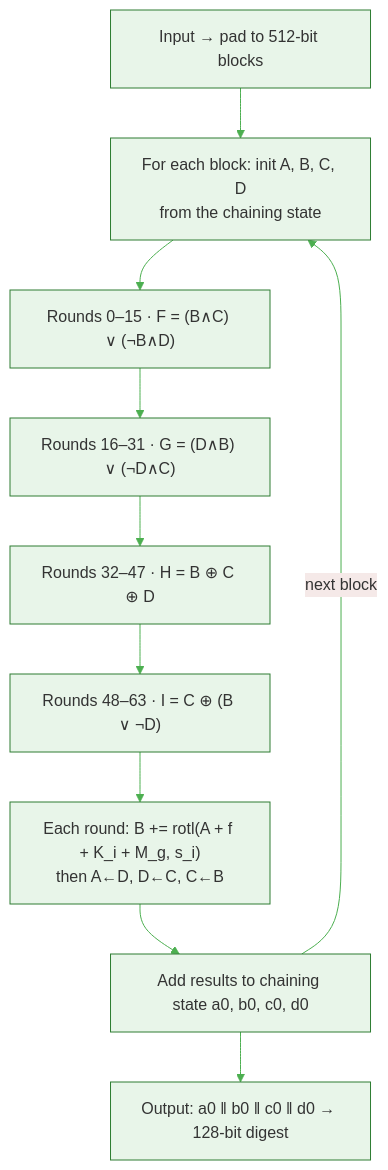
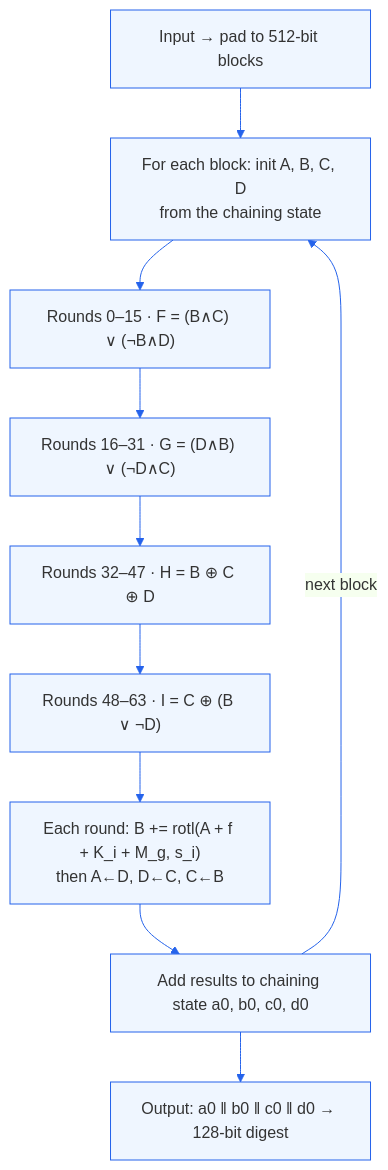
One commit to mtorun0x7cd/raven-one-simulink changed the second of 2 diagrams in README.md. Above: the diagram before and after it, drawn with Mermaid. The commit also changed other lines of this file and 4 other files, not shown here.

Commit message:
docs: recolour the social preview and MD5 diagrams to the brand accent

````diff
--- a/README.md
+++ b/README.md
@@ -125,13 +125,13 @@
 ```mermaid
-%%{init: {'theme': 'base', 'themeVariables': { 'primaryColor': '#E8F5E9', 'edgeColor': '#4CAF50', 'primaryBorderColor': '#2E7D32', 'lineColor': '#4CAF50', 'textColor': '#1B5E20' }}}%%
+%%{init: {'theme': 'base', 'themeVariables': { 'primaryColor': '#EFF6FF', 'edgeColor': '#2563EB', 'primaryBorderColor': '#2563EB', 'lineColor': '#2563EB', 'textColor': '#0F172A' }}}%%
 graph TD
     In["Input → pad to 512-bit blocks"] --> Init["For each block: init A, B, C, D<br/>from the chaining state"]
     Init --> F["Rounds 0–15 · F = (B∧C) ∨ (¬B∧D)"]
     F --> G["Rounds 16–31 · G = (D∧B) ∨ (¬D∧C)"]
     G --> H["Rounds 32–47 · H = B ⊕ C ⊕ D"]
     H --> I["Rounds 48–63 · I = C ⊕ (B ∨ ¬D)"]
     I --> Upd["Each round: B += rotl(A + f + K_i + M_g, s_i)<br/>then A←D, D←C, C←B"]
     Upd --> Chain["Add results to chaining state a0, b0, c0, d0"]
     Chain -->|next block| Init
     Chain --> Out["Output: a0 ‖ b0 ‖ c0 ‖ d0 → 128-bit digest"]
 ```
````
